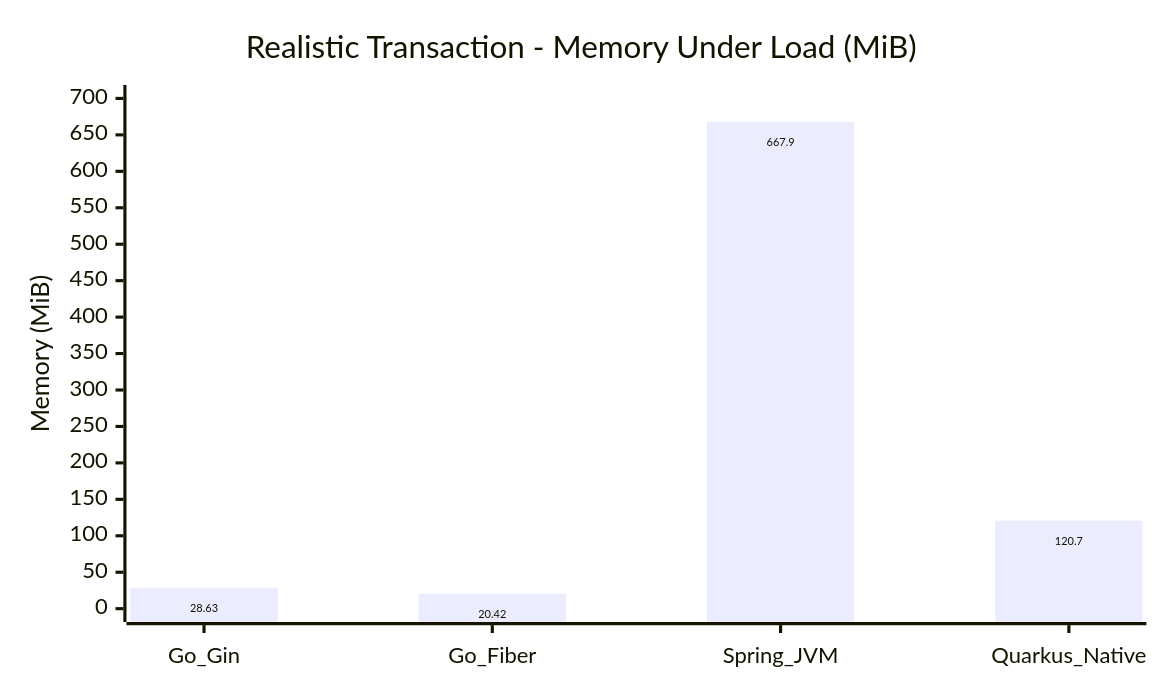
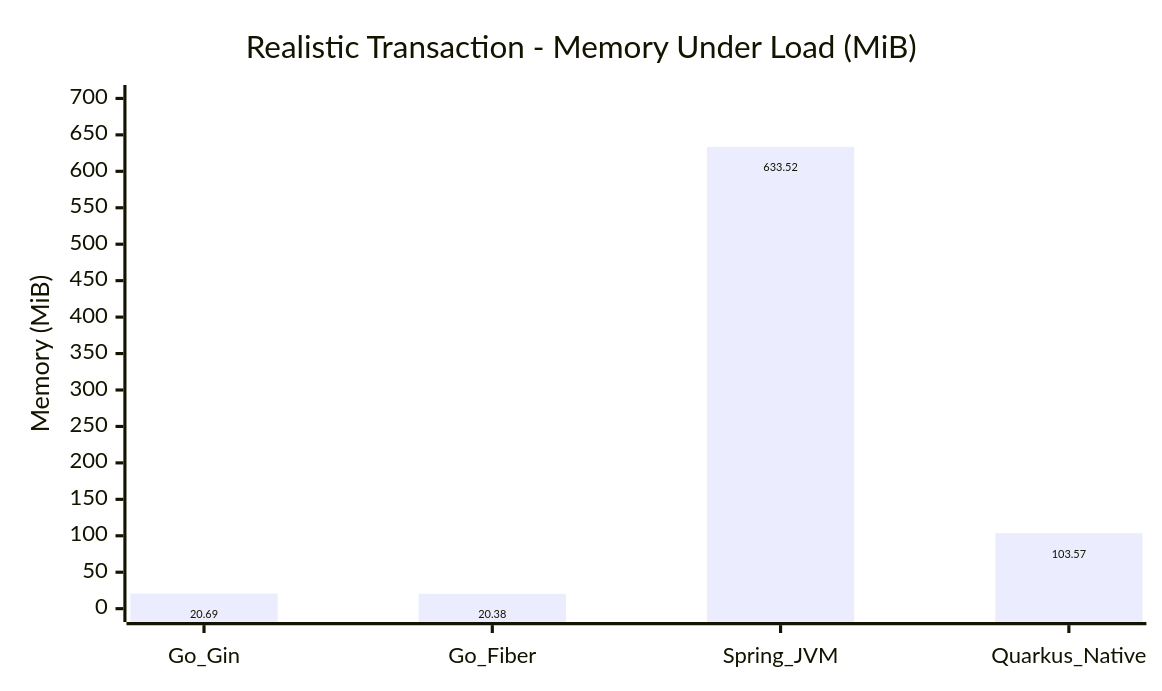
One commit to hiiamtin/go-vs-java changed the third of 15 diagrams in COMPARISON_REPORT.md. Above: the diagram before and after it, drawn with Mermaid. The commit also changed other lines of this file and 93 other files, not shown here.

````diff
--- a/COMPARISON_REPORT.md
+++ b/COMPARISON_REPORT.md
@@ -80,14 +80,14 @@
 ```mermaid
 ---
 config:
   xyChart:
     width: 720
     height: 420
     showDataLabel: true
 ---
 xychart
     title "Realistic Transaction - Memory Under Load (MiB)"
     x-axis [Go_Gin, Go_Fiber, Spring_JVM, Quarkus_Native]
     y-axis "Memory (MiB)" 0 --> 700
-    bar [28.63, 20.42, 667.9, 120.7]
+    bar [20.69, 20.38, 633.52, 103.57]
 ```
````
